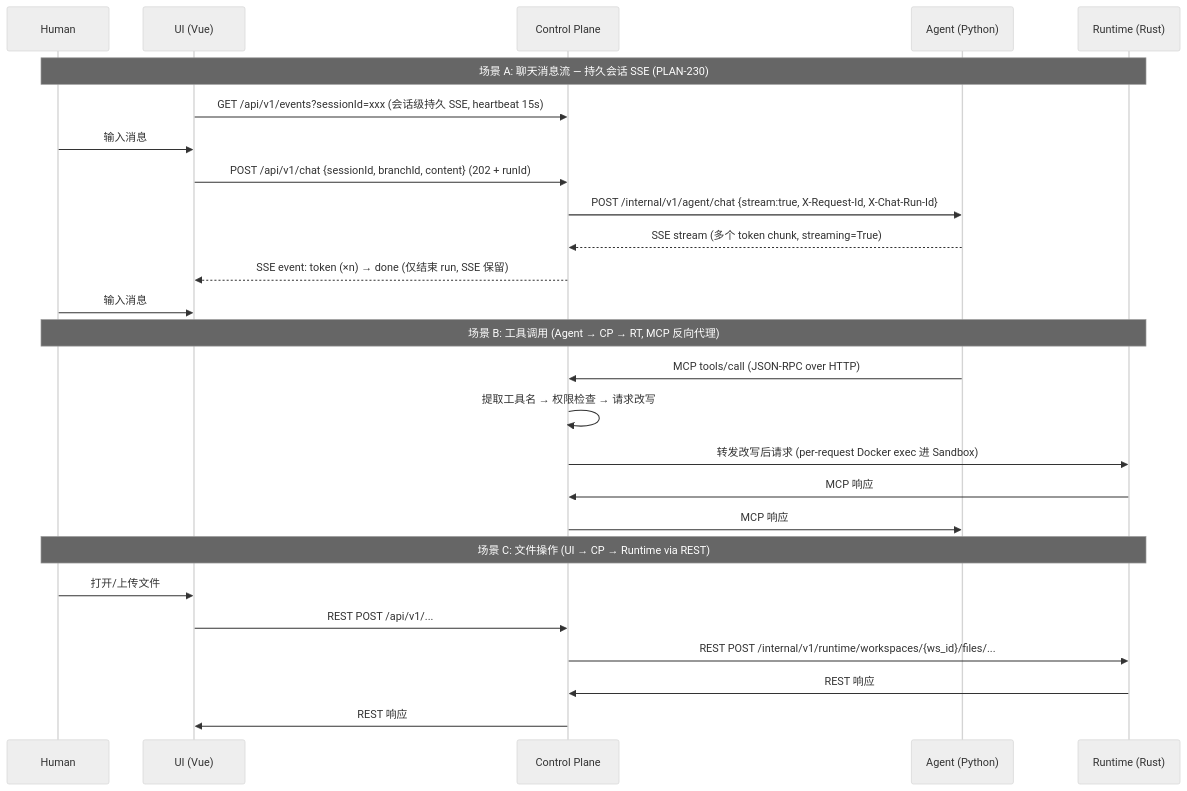
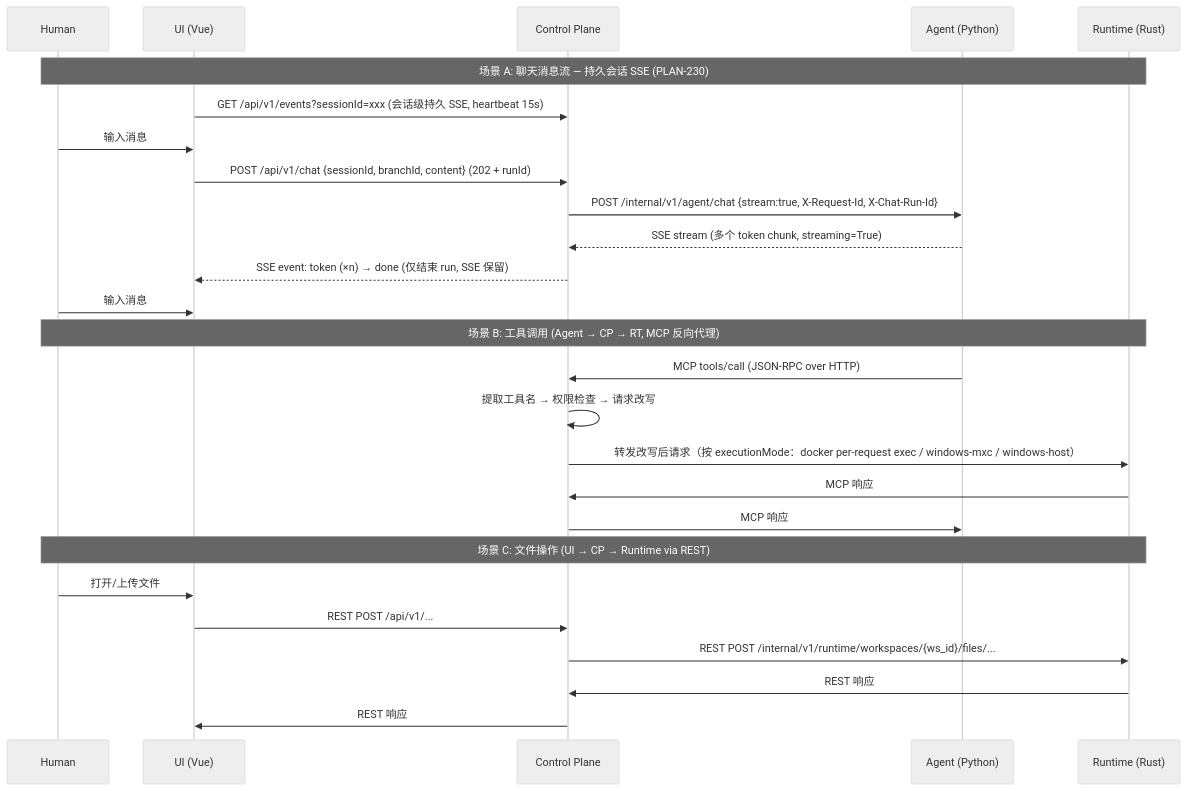
One commit to cc01cc/xihe-project changed the second of 2 diagrams in docs/i18n/zh-Hans/DEV-001-system-architecture.md. Above: the diagram before and after it, drawn with Mermaid. The commit also changed other lines of this file and 13 other files, not shown here.

````diff
--- a/docs/i18n/zh-Hans/DEV-001-system-architecture.md
+++ b/docs/i18n/zh-Hans/DEV-001-system-architecture.md
@@ -180,32 +185,32 @@
 ```mermaid
 %%{init: {'theme': 'neutral'}}%%
 sequenceDiagram
   participant Human
   participant UI as UI (Vue)
   participant CP as Control Plane
   participant Agent as Agent (Python)
   participant RT as Runtime (Rust)
 
   Note over Human,RT: 场景 A: 聊天消息流 — 持久会话 SSE (PLAN-230)
   UI->>CP: GET /api/v1/events?sessionId=xxx (会话级持久 SSE, heartbeat 15s)
   Human->>UI: 输入消息 #1
   UI->>CP: POST /api/v1/chat {sessionId, branchId, content} (202 + runId)
   CP->>Agent: POST /internal/v1/agent/chat {stream:true, X-Request-Id, X-Chat-Run-Id}
   Agent-->>CP: SSE stream (多个 token chunk, streaming=True)
   CP-->>UI: SSE event: token (×n) → done (仅结束 run, SSE 保留)
   Human->>UI: 输入消息 #2 (同一连接复用, 无需重建 SSE)
 
   Note over Human,RT: 场景 B: 工具调用 (Agent → CP → RT, MCP 反向代理)
   Agent->>CP: MCP tools/call (JSON-RPC over HTTP)
   CP->>CP: 提取工具名 → 权限检查 → 请求改写
-  CP->>RT: 转发改写后请求 (per-request Docker exec 进 Sandbox)
+  CP->>RT: 转发改写后请求（按 executionMode：docker per-request exec / windows-mxc / windows-host）
   RT->>CP: MCP 响应
   CP->>Agent: MCP 响应
 
   Note over Human,RT: 场景 C: 文件操作 (UI → CP → Runtime via REST)
   Human->>UI: 打开/上传文件
   UI->>CP: REST POST /api/v1/...
   CP->>RT: REST POST /internal/v1/runtime/workspaces/{ws_id}/files/...
   RT->>CP: REST 响应
   CP->>UI: REST 响应
 ```
````
